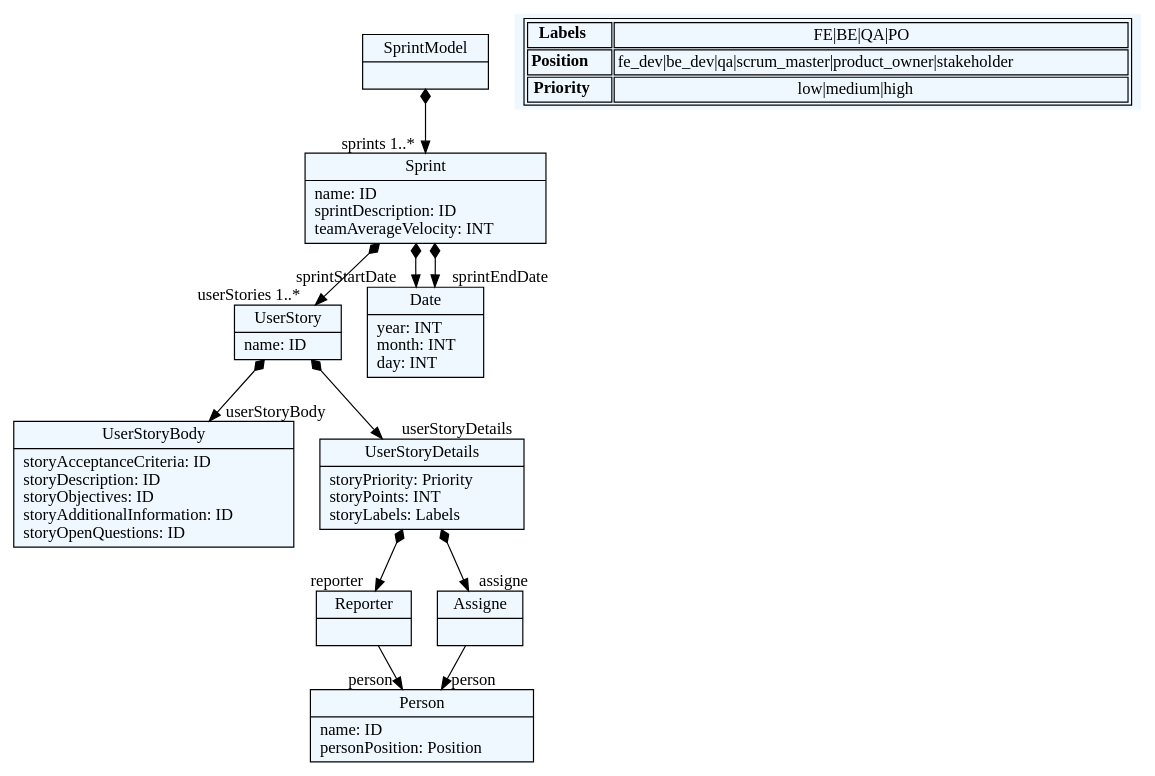
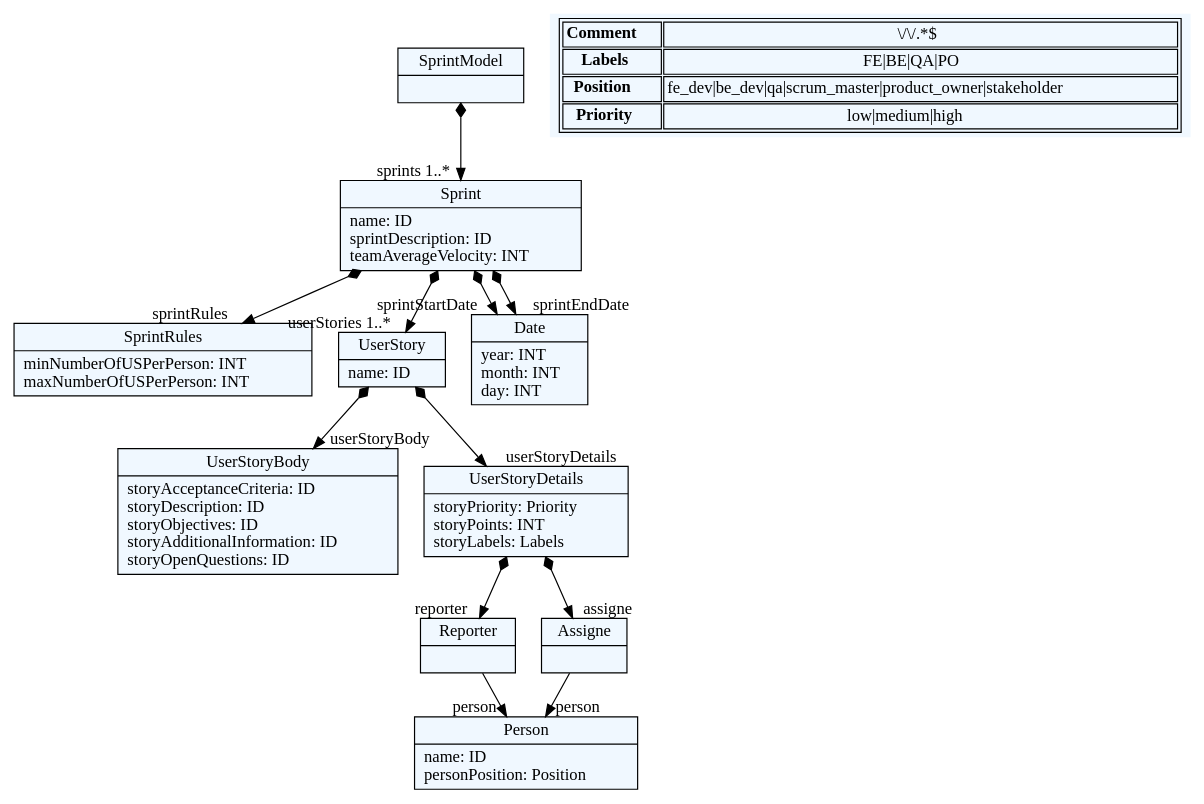
The diagram in scrum-dsl/scrum.dot (vlaksi/JSZD-Proj), drawn with Graphviz before and after one commit. The commit also changed 2 other files, not shown here.

Commit message:
feature[grammar]: added rules for the min/max num of the us per person on the sprint

```diff
--- a/scrum-dsl/scrum.dot
+++ b/scrum-dsl/scrum.dot
@@ -1,57 +1,63 @@
 
     digraph textX {
     fontname = "Bitstream Vera Sans"
     fontsize = 8
     node[
         shape=record,
         style=filled,
         fillcolor=aliceblue
     ]
     nodesep = 0.3
     edge[dir=black,arrowtail=empty]
 
 
-2939230722416[ label="{SprintModel|}"]
+4804878976[ label="{SprintModel|}"]
 
-2939230731856[ label="{Sprint|name: ID\lsprintDescription: ID\lteamAverageVelocity: INT\l}"]
+4804882992[ label="{Sprint|name: ID\lsprintDescription: ID\lteamAverageVelocity: INT\l}"]
 
-2939230734688[ label="{UserStory|name: ID\l}"]
+4804884512[ label="{SprintRules|minNumberOfUSPerPerson: INT\lmaxNumberOfUSPerPerson: INT\l}"]
 
-2939230736576[ label="{UserStoryBody|storyAcceptanceCriteria: ID\lstoryDescription: ID\lstoryObjectives: ID\lstoryAdditionalInformation: ID\lstoryOpenQuestions: ID\l}"]
+4804887920[ label="{UserStory|name: ID\l}"]
 
-2939230737520[ label="{UserStoryDetails|storyPriority: Priority\lstoryPoints: INT\lstoryLabels: Labels\l}"]
+4804891328[ label="{UserStoryBody|storyAcceptanceCriteria: ID\lstoryDescription: ID\lstoryObjectives: ID\lstoryAdditionalInformation: ID\lstoryOpenQuestions: ID\l}"]
 
-2939230713920[ label="{Date|year: INT\lmonth: INT\lday: INT\l}"]
+4804894736[ label="{UserStoryDetails|storyPriority: Priority\lstoryPoints: INT\lstoryLabels: Labels\l}"]
 
-2939230738464[ label="{Person|name: ID\lpersonPosition: Position\l}"]
+4804904384[ label="{Date|year: INT\lmonth: INT\lday: INT\l}"]
 
-2939230741296[ label="{Reporter|}"]
+4804907792[ label="{Person|name: ID\lpersonPosition: Position\l}"]
 
-2939230743184[ label="{Assigne|}"]
+4804903440[ label="{Reporter|}"]
+
+4804890384[ label="{Assigne|}"]
 
 
 
-2939230722416 -> 2939230731856[arrowtail=diamond, dir=both, headlabel="sprints 1..*"]
-2939230731856 -> 2939230713920[arrowtail=diamond, dir=both, headlabel="sprintStartDate "]
-2939230731856 -> 2939230713920[arrowtail=diamond, dir=both, headlabel="sprintEndDate "]
-2939230731856 -> 2939230734688[arrowtail=diamond, dir=both, headlabel="userStories 1..*"]
-2939230734688 -> 2939230736576[arrowtail=diamond, dir=both, headlabel="userStoryBody "]
-2939230734688 -> 2939230737520[arrowtail=diamond, dir=both, headlabel="userStoryDetails "]
-2939230737520 -> 2939230741296[arrowtail=diamond, dir=both, headlabel="reporter "]
-2939230737520 -> 2939230743184[arrowtail=diamond, dir=both, headlabel="assigne "]
-2939230741296 -> 2939230738464[headlabel="person "]
-2939230743184 -> 2939230738464[headlabel="person "]
+4804878976 -> 4804882992[arrowtail=diamond, dir=both, headlabel="sprints 1..*"]
+4804882992 -> 4804904384[arrowtail=diamond, dir=both, headlabel="sprintStartDate "]
+4804882992 -> 4804904384[arrowtail=diamond, dir=both, headlabel="sprintEndDate "]
+4804882992 -> 4804887920[arrowtail=diamond, dir=both, headlabel="userStories 1..*"]
+4804882992 -> 4804884512[arrowtail=diamond, dir=both, headlabel="sprintRules "]
+4804887920 -> 4804891328[arrowtail=diamond, dir=both, headlabel="userStoryBody "]
+4804887920 -> 4804894736[arrowtail=diamond, dir=both, headlabel="userStoryDetails "]
+4804894736 -> 4804903440[arrowtail=diamond, dir=both, headlabel="reporter "]
+4804894736 -> 4804890384[arrowtail=diamond, dir=both, headlabel="assigne "]
+4804903440 -> 4804907792[headlabel="person "]
+4804890384 -> 4804907792[headlabel="person "]
 match_rules [ shape=plaintext, label=< <table>
+	<tr>
+		<td><b>Comment</b></td><td>\/\/.*$</td>
+	</tr>
 	<tr>
 		<td><b>Labels</b></td><td>FE|BE|QA|PO</td>
 	</tr>
 	<tr>
 		<td><b>Position</b></td><td>fe_dev|be_dev|qa|scrum_master|product_owner|stakeholder</td>
 	</tr>
 	<tr>
 		<td><b>Priority</b></td><td>low|medium|high</td>
 	</tr>
 </table> >]
 
 
 }
```
